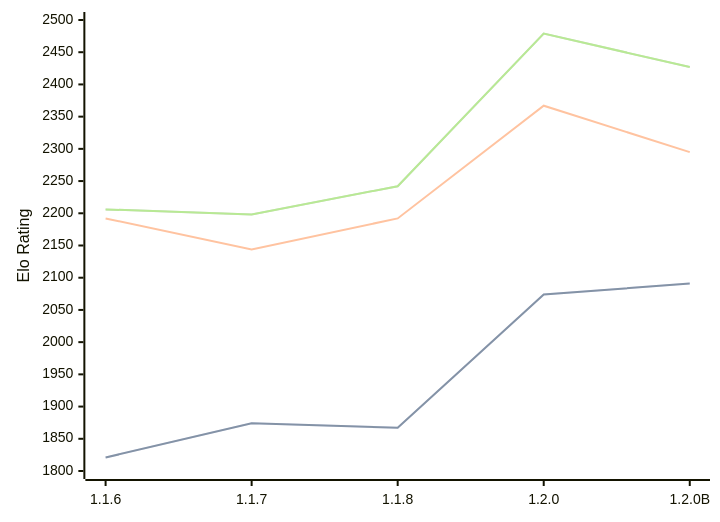
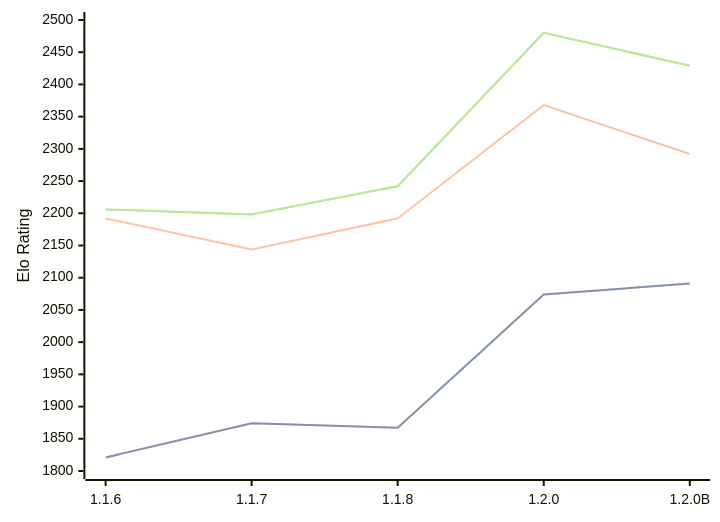
The diagram in engines/Soomi.md (computer-chess-index/cci), drawn with Mermaid before and after one commit. The commit also changed other lines of this file, not shown here.

Commit message:
Update CCI Ratings (ELO VLTC) - 2026-05-15

````diff
--- a/engines/Soomi.md
+++ b/engines/Soomi.md
@@ -35,11 +35,11 @@
 ```mermaid
 %%{init: {"theme":"base","themeVariables":{"seriesColors:['#a3a3a3','#222221','#faa371']}}}%%
 xychart-beta
   x-axis ["1.1.6", "1.1.7", "1.1.8", "1.2.0", "1.2.0B"]
   y-axis "Elo Rating" 1800 --> 2500
   line "STC (8.0+0.08s)" [1821, 1874, 1867, 2074, 2091]
   line "STC (8.0+0.08s)" [1821, 1874, 1867, 2074, 2091]
-  line "LTC (60.0+0.60s)" [2192, 2144, 2192, 2367, 2295]
-  line "VLTC (2m24s+1.12s)" [2206, 2198, 2242, 2479, 2427]
-  line "VLTC (2m24s+1.12s)" [2206, 2198, 2242, 2479, 2427]
+  line "LTC (60.0+0.60s)" [2192, 2144, 2192, 2368, 2292]
+  line "VLTC (2m24s+1.12s)" [2206, 2198, 2242, 2480, 2429]
+  line "VLTC (2m24s+1.12s)" [2206, 2198, 2242, 2480, 2429]
 ```
````
